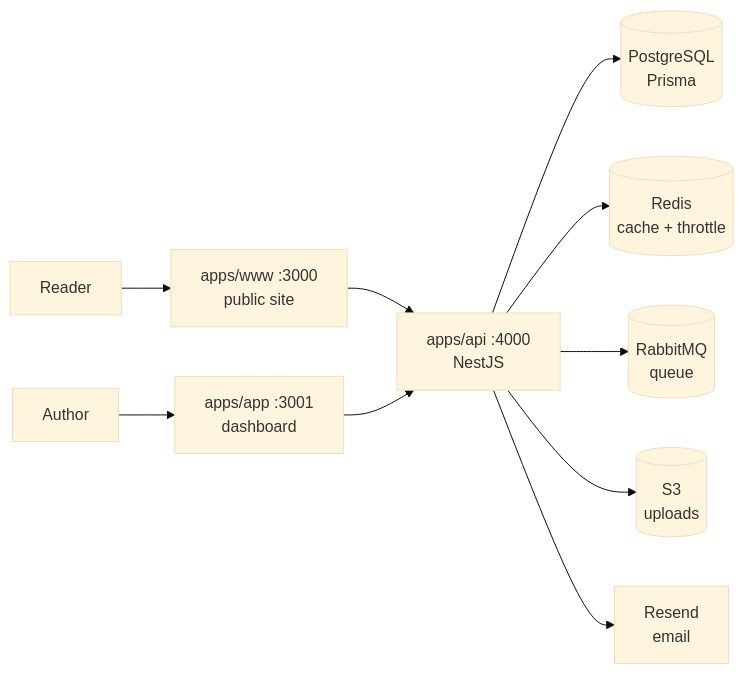
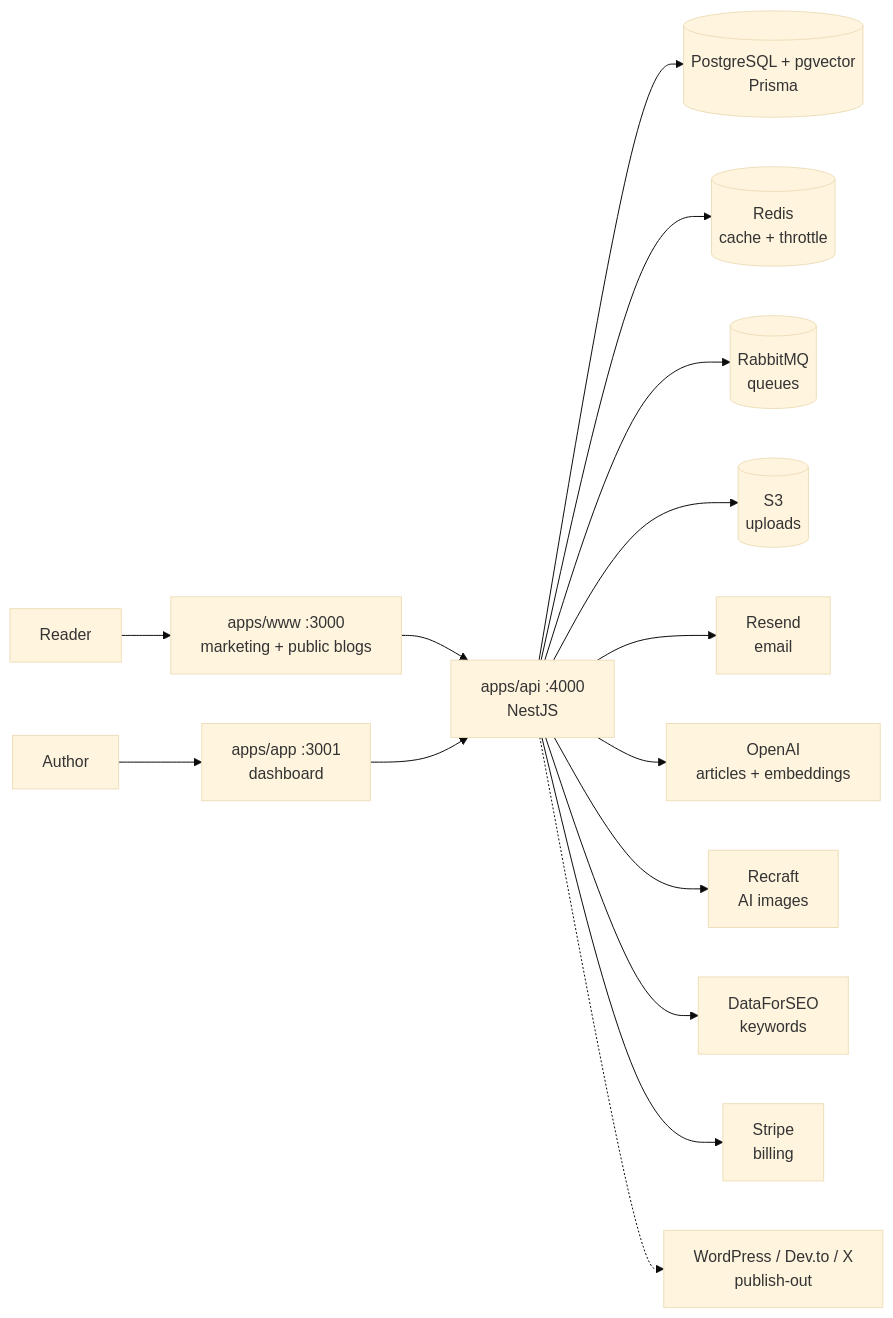
The diagram in README.md (krishna-paulraj/writora), drawn with Mermaid (base theme) before and after one commit. The commit also changed other lines of this file and 193 other files, not shown here.

````diff
--- a/README.md
+++ b/README.md
@@ -44,14 +57,19 @@
 ```mermaid
 graph LR
-    Reader[Reader] --> WWW[apps/www :3000<br/>public site]
+    Reader[Reader] --> WWW[apps/www :3000<br/>marketing + public blogs]
     Author[Author] --> APP[apps/app :3001<br/>dashboard]
 
     WWW --> API[apps/api :4000<br/>NestJS]
     APP --> API
 
-    API --> DB[(PostgreSQL<br/>Prisma)]
+    API --> DB[(PostgreSQL + pgvector<br/>Prisma)]
     API --> Redis[(Redis<br/>cache + throttle)]
-    API --> MQ[(RabbitMQ<br/>queue)]
+    API --> MQ[(RabbitMQ<br/>queues)]
     API --> S3[(S3<br/>uploads)]
     API --> Resend[Resend<br/>email]
+    API --> OpenAI[OpenAI<br/>articles + embeddings]
+    API --> Recraft[Recraft<br/>AI images]
+    API --> DFS[DataForSEO<br/>keywords]
+    API --> Stripe[Stripe<br/>billing]
+    API -.-> WP[WordPress / Dev.to / X<br/>publish-out]
 ```
````
